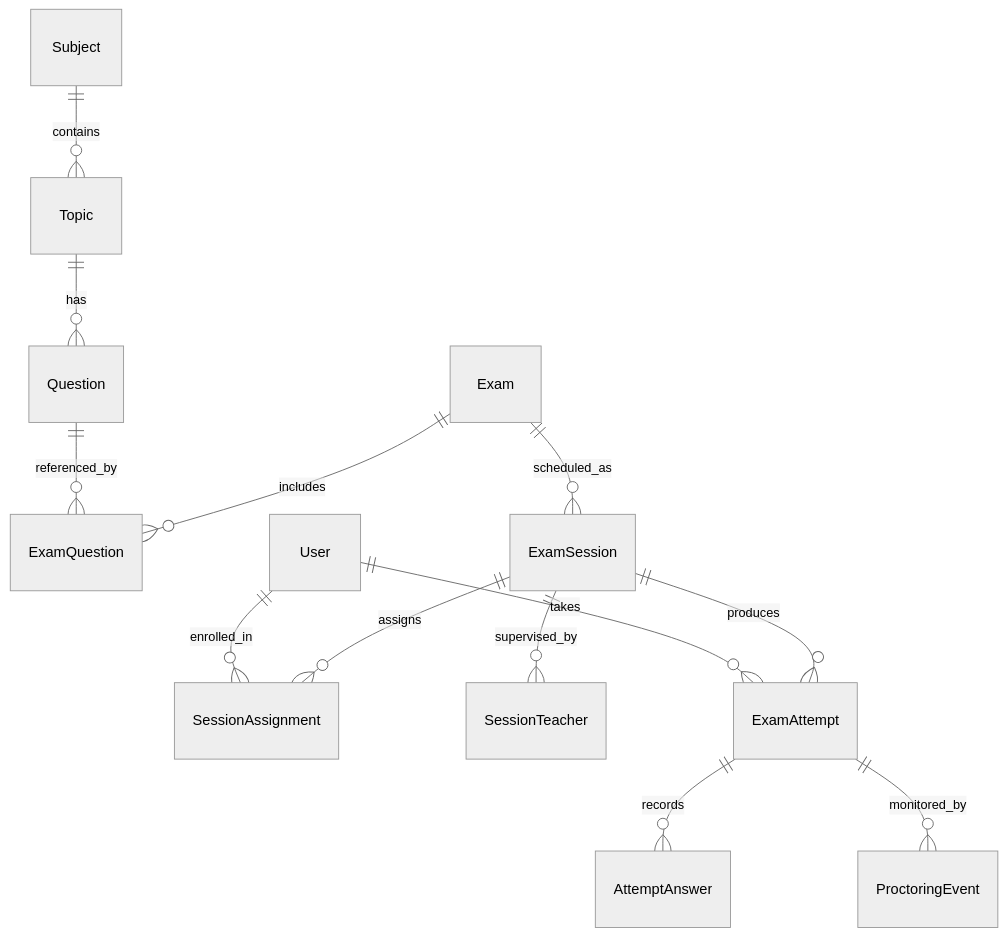
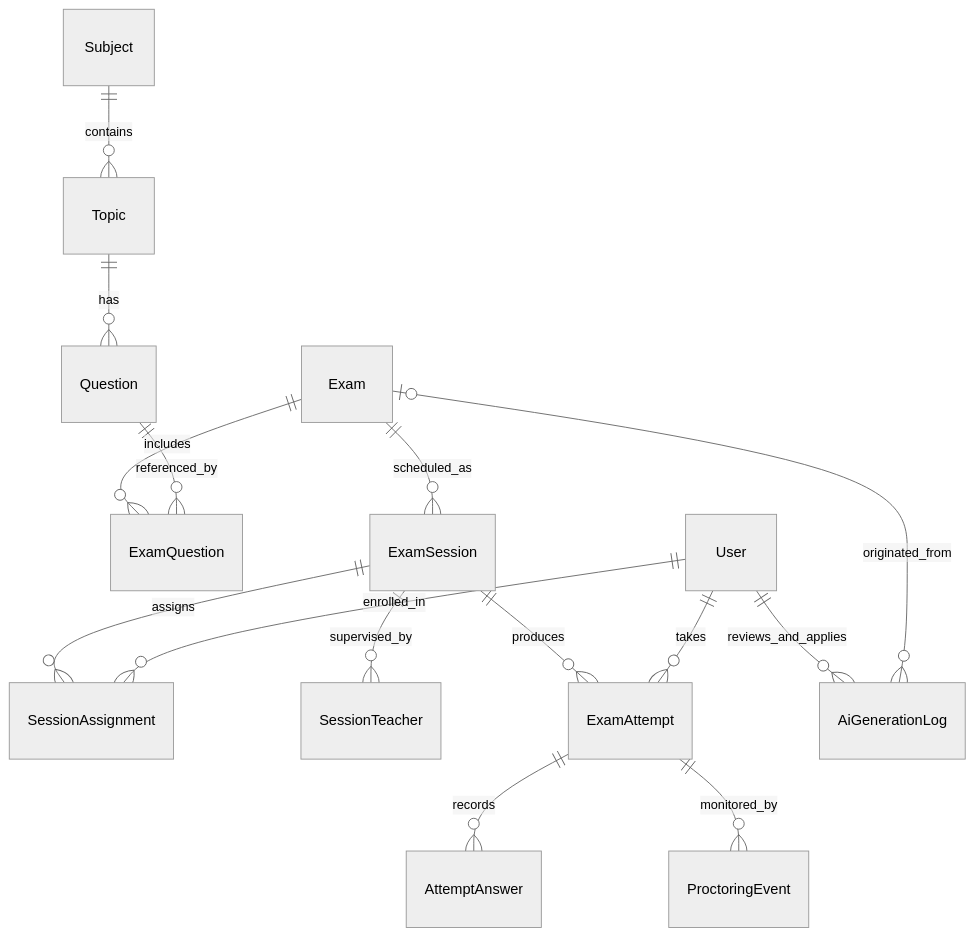
The second of 5 diagrams in docs/PROJECT_OVERVIEW.md (duonyyy/Exam-Platform), drawn with Mermaid (neutral theme) before and after one commit. The commit also changed other lines of this file and 18 other files, not shown here.

Commit message:
docs(docs): synchronize 13-phase roadmap and 14-table database design

````diff
--- a/docs/PROJECT_OVERVIEW.md
+++ b/docs/PROJECT_OVERVIEW.md
@@ -67,15 +67,17 @@
 ```mermaid
 erDiagram
     Subject ||--o{ Topic : contains
     Topic ||--o{ Question : has
     Exam ||--o{ ExamQuestion : includes
     Question ||--o{ ExamQuestion : referenced_by
     Exam ||--o{ ExamSession : scheduled_as
     ExamSession ||--o{ SessionAssignment : assigns
     ExamSession ||--o{ SessionTeacher : supervised_by
     ExamSession ||--o{ ExamAttempt : produces
     ExamAttempt ||--o{ AttemptAnswer : records
     ExamAttempt ||--o{ ProctoringEvent : monitored_by
     User ||--o{ ExamAttempt : takes
     User ||--o{ SessionAssignment : enrolled_in
+    User ||--o{ AiGenerationLog : reviews_and_applies
+    Exam |o--o{ AiGenerationLog : originated_from
 ```
````
